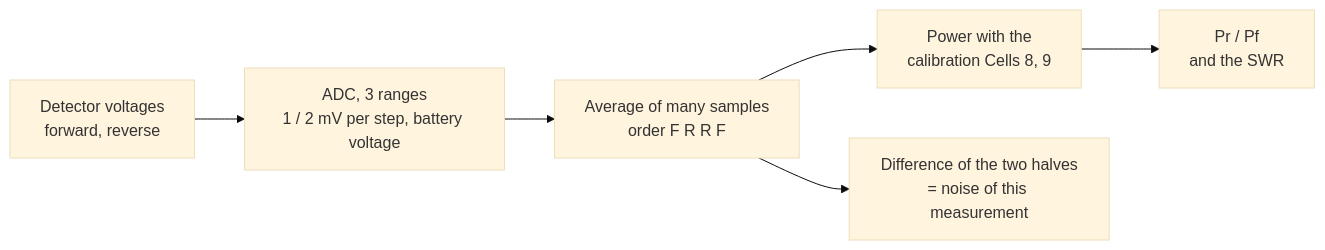
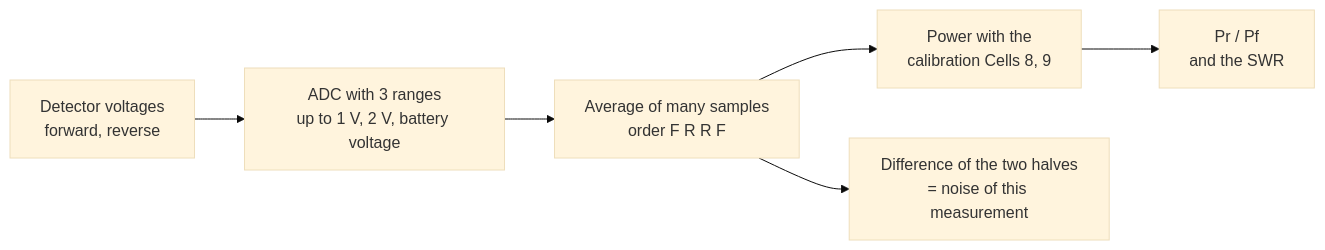
The first of 2 diagrams in docs/TUNING.md (DL8UG/ATU-10_NG), drawn with Mermaid (base theme) before and after one commit. The commit also changed other lines of this file and 2 other files, not shown here.

````diff
--- a/docs/TUNING.md
+++ b/docs/TUNING.md
@@ -37,8 +58,8 @@
 ```mermaid
 flowchart LR
-    A[Detector voltages<br/>forward, reverse] --> B[ADC, 3 ranges<br/>1 / 2 mV per step, battery voltage]
+    A[Detector voltages<br/>forward, reverse] --> B[ADC with 3 ranges<br/>up to 1 V, 2 V, battery voltage]
     B --> C[Average of many samples<br/>order F R R F]
     C --> D[Power with the<br/>calibration Cells 8, 9]
     D --> E[Pr / Pf<br/>and the SWR]
     C --> F[Difference of the two halves<br/>= noise of this measurement]
 ```
````
